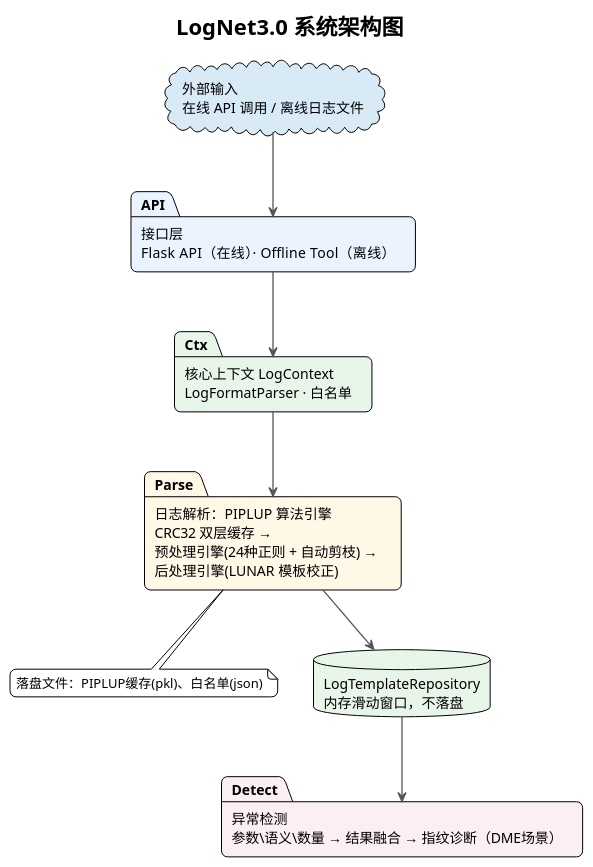
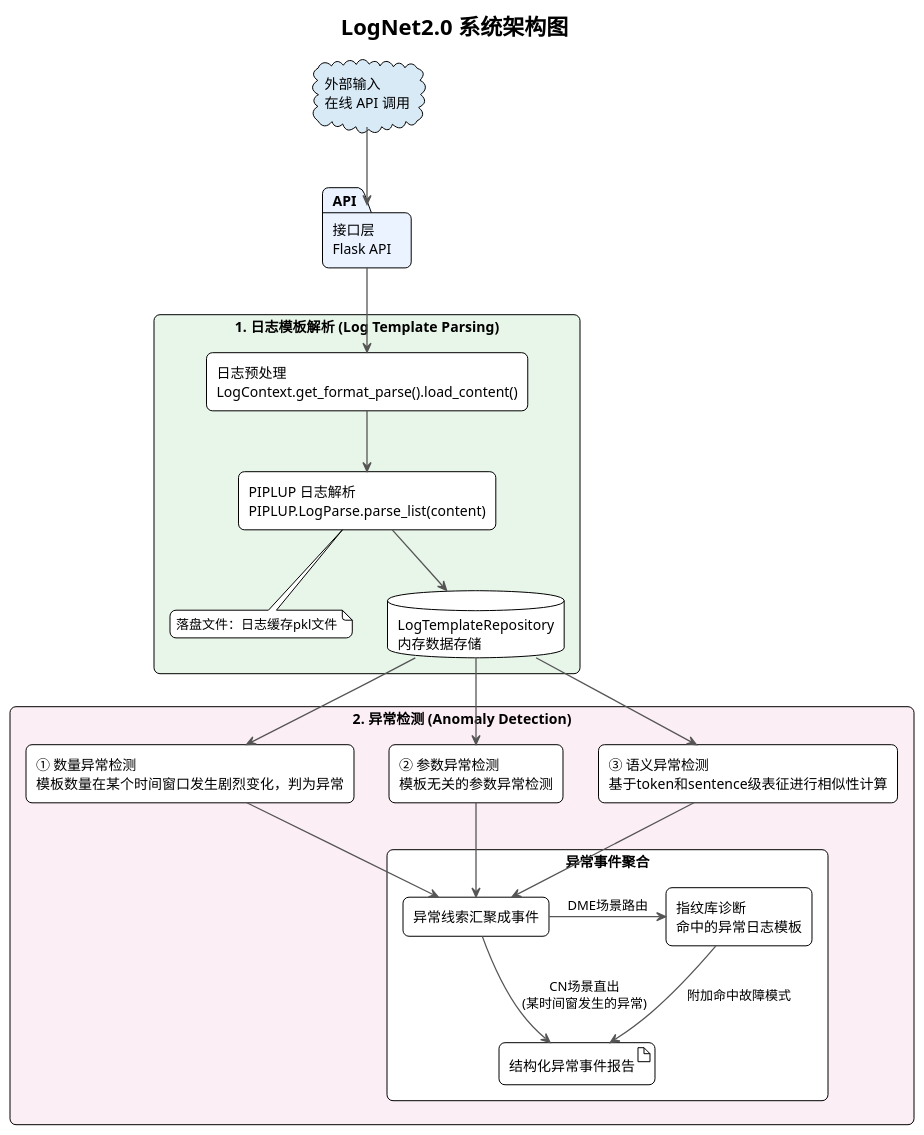
One commit to HouMonKy/TIG-PIPLUP changed the first of 15 diagrams in LogNet3.0方案设计与实现文档.md. Above: the diagram before and after it, drawn with PlantUML. The commit also changed other lines of this file, not shown here.

````diff
--- a/LogNet3.0方案设计与实现文档.md
+++ b/LogNet3.0方案设计与实现文档.md
@@ -115,36 +43,61 @@
 ```plantuml
-@startuml TIG_PIPLUP_Architecture_Simplified
+@startuml TIG_PIPLUP_Architecture_Optimized
 !theme plain
 skinparam backgroundColor white
 skinparam shadowing false
 skinparam roundCorner 12
 skinparam packageStyle rectangle
 skinparam ArrowColor #555555
 skinparam ArrowThickness 1.3
+skinparam componentStyle rectangle
 
-title LogNet3.0 系统架构图
+title LogNet2.0 系统架构图
 
-cloud "外部输入\n在线 API 调用 / 离线日志文件" as Ext #D9EAF7
+cloud "外部输入\n在线 API 调用" as Ext #D9EAF7
+package "接口层\nFlask API" as API #EAF3FF
 
-package "接口层\nFlask API（在线）· Offline Tool（离线）" as API #EAF3FF
+package "1. 日志模板解析 (Log Template Parsing)" as ParseModule #E8F5E9 {
+    component "日志预处理\nLogContext.get_format_parse().load_content()" as PreProcess
+    component "PIPLUP 日志解析\nPIPLUP.LogParse.parse_list(content)" as Parse
+    note bottom of Parse
+      落盘文件：日志缓存pkl文件
+    end note
+    database "LogTemplateRepository\n内存数据存储" as Repo #FFFFFF
+}
 
-package "核心上下文 LogContext\nLogFormatParser · 白名单" as Ctx #E8F5E9
+package "2. 异常检测 (Anomaly Detection)" as DetectModule #FCEEF5 {
+    component "① 数量异常检测\n模板数量在某个时间窗口发生剧烈变化，判为异常" as DetectNum
+    component "② 参数异常检测\n模板无关的参数异常检测" as DetectParam
+    component "③ 语义异常检测\n基于token和sentence级表征进行相似性计算" as DetectSemantic
+    
+    package "异常事件聚合" as EventModule #FFFFFF {
+        component "异常线索汇聚成事件" as EventAgg
+        component "指纹库诊断\n命中的异常日志模板" as DME_Diag
+        artifact "结构化异常事件报告" as EventReport
+    }
+}
 
-package "日志解析：PIPLUP 算法引擎\nCRC32 双层缓存 → \n预处理引擎(24种正则 + 自动剪枝) → \n后处理引擎(LUNAR 模板校正)" as Parse #FFF8E7
-note bottom of Parse
-  落盘文件：PIPLUP缓存(pkl)、白名单(json)
-end note
+' 基础链路
+Ext -down-> API
+API -down-> PreProcess
+PreProcess -down-> Parse
+Parse -down-> Repo
 
-database "LogTemplateRepository\n内存滑动窗口，不落盘" as Repo #E8F5E9
+' 数据流向异常检测组件
+Repo -down-> DetectNum
+Repo -down-> DetectParam
+Repo -down-> DetectSemantic
 
-package "异常检测\n参数\语义\数量 → 结果融合 → 指纹诊断（DME场景）" as Detect #FCEEF5
+' 异常检测输出至事件聚合
+DetectNum -down-> EventAgg
+DetectParam -down-> EventAgg
+DetectSemantic -down-> EventAgg
 
-Ext -down-> API
-API -down-> Ctx
-Ctx -down-> Parse
-Parse -down-> Repo
-Repo -down-> Detect
+' 场景分支路由
+EventAgg -down-> EventReport : CN场景直出\n(某时间窗发生的异常)
+EventAgg -right-> DME_Diag : DME场景路由
+DME_Diag -down-> EventReport : 附加命中故障模式
 
 @enduml
 
 ```
````
